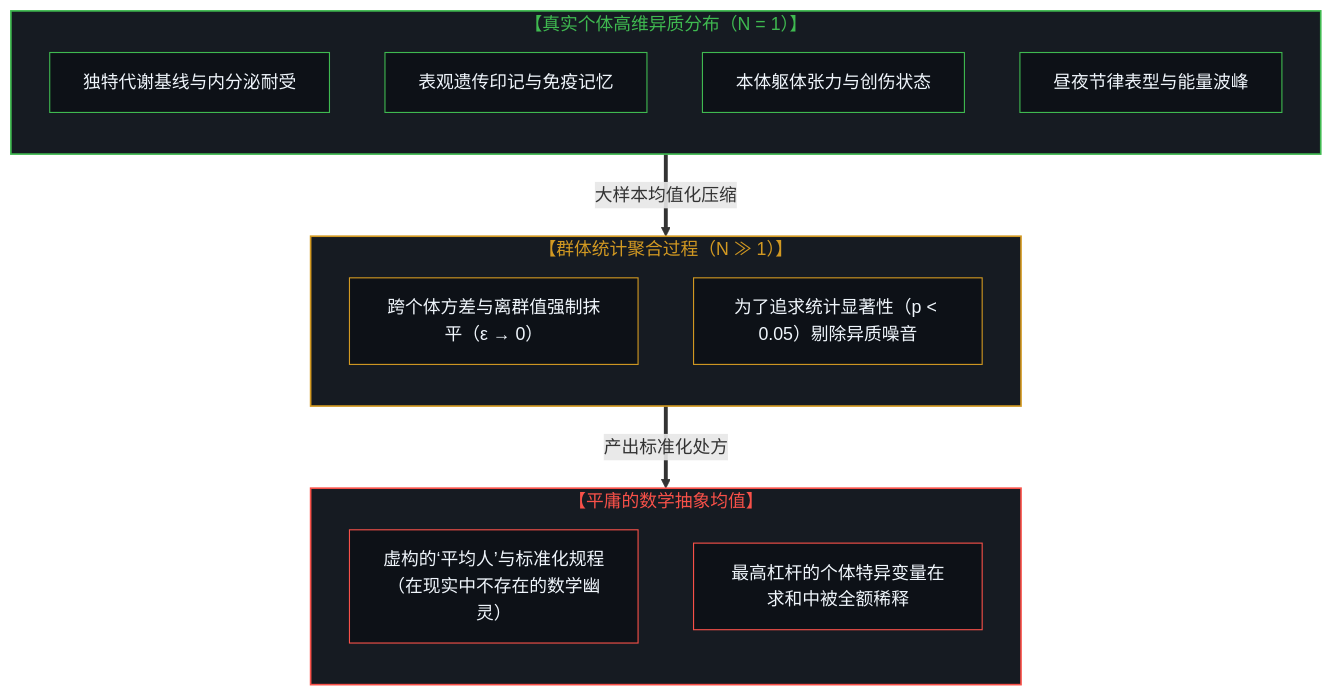
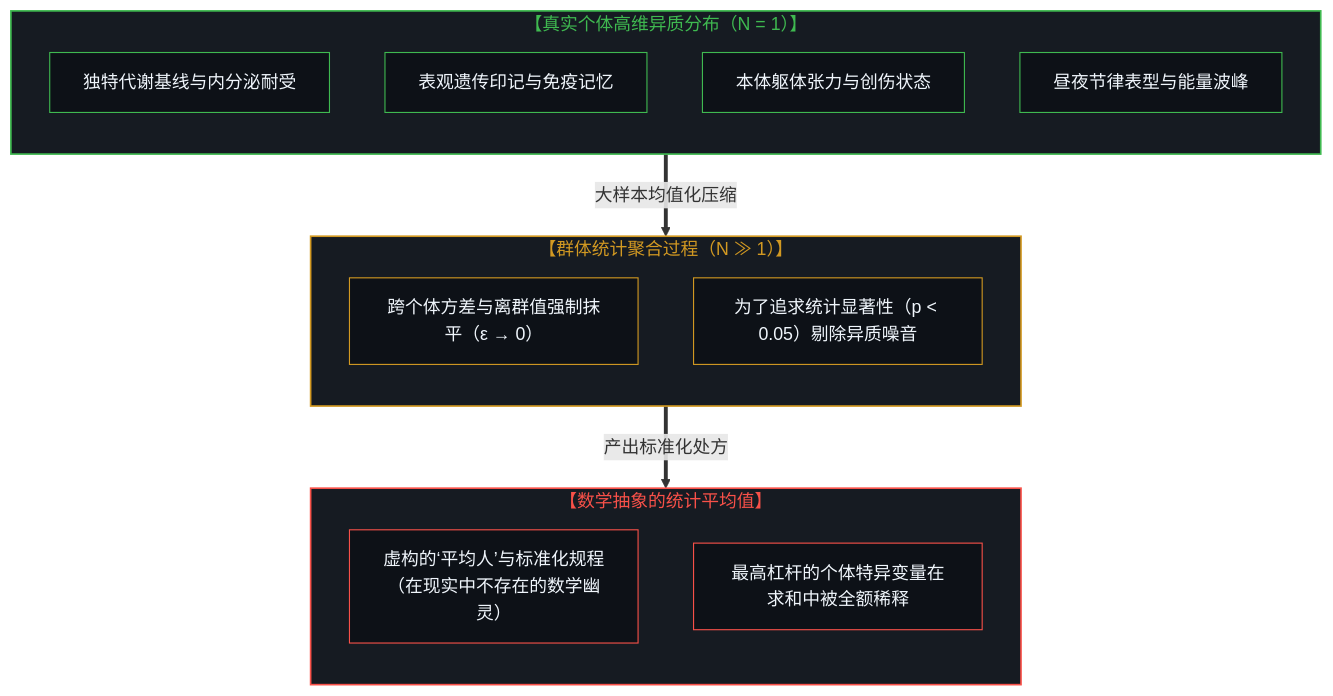
The third of 8 diagrams in content/posts/the-inversion-of-the-protocol-and-the-silencing-of-the-causal-loop.md (powerpig99/not-a-toe), drawn with Mermaid before and after one commit. The commit also changed other lines of this file and 2 other files, not shown here.

Commit message:
Refine Post #327: Replace 平庸 with neutral 平均 (平均模具, 数学抽象的统计平均值)

````diff
--- a/content/posts/the-inversion-of-the-protocol-and-the-silencing-of-the-causal-loop.md
+++ b/content/posts/the-inversion-of-the-protocol-and-the-silencing-of-the-causal-loop.md
@@ -109,37 +109,37 @@
 ```mermaid
 graph TD
     subgraph S_Individual["【真实个体高维异质分布（N = 1）】"]
         direction TB
         I1["独特代谢基线与内分泌耐受"]
         I2["表观遗传印记与免疫记忆"]
         I3["本体躯体张力与创伤状态"]
         I4["昼夜节律表型与能量波峰"]
     end
 
     subgraph S_Aggregation["【群体统计聚合过程（N ≫ 1）】"]
         direction TB
         AG1["跨个体方差与离群值强制抹平（ε → 0）"]
         AG2["为了追求统计显著性（p < 0.05）剔除异质噪音"]
     end
 
-    subgraph S_Fictional["【平庸的数学抽象均值】"]
+    subgraph S_Fictional["【数学抽象的统计平均值】"]
         direction TB
         F1["虚构的‘平均人’与标准化规程<br/>（在现实中不存在的数学幽灵）"]
         F2["最高杠杆的个体特异变量在求和中被全额稀释"]
     end
 
     S_Individual ==>|"大样本均值化压缩"| S_Aggregation
     S_Aggregation ==>|"产出标准化处方"| S_Fictional
 
     style S_Individual fill:#161b22,stroke:#3fb950,stroke-width:1.5px,color:#3fb950
     style S_Aggregation fill:#161b22,stroke:#d29922,stroke-width:1.5px,color:#d29922
     style S_Fictional fill:#161b22,stroke:#f85149,stroke-width:1.5px,color:#f85149
     style I1 fill:#0d1117,stroke:#3fb950,stroke-width:1px,color:#f0f6fc
     style I2 fill:#0d1117,stroke:#3fb950,stroke-width:1px,color:#f0f6fc
     style I3 fill:#0d1117,stroke:#3fb950,stroke-width:1px,color:#f0f6fc
     style I4 fill:#0d1117,stroke:#3fb950,stroke-width:1px,color:#f0f6fc
     style AG1 fill:#0d1117,stroke:#d29922,stroke-width:1px,color:#f0f6fc
     style AG2 fill:#0d1117,stroke:#d29922,stroke-width:1px,color:#f0f6fc
     style F1 fill:#0d1117,stroke:#f85149,stroke-width:1px,color:#f0f6fc
     style F2 fill:#0d1117,stroke:#f85149,stroke-width:1px,color:#f0f6fc
 ```
````
